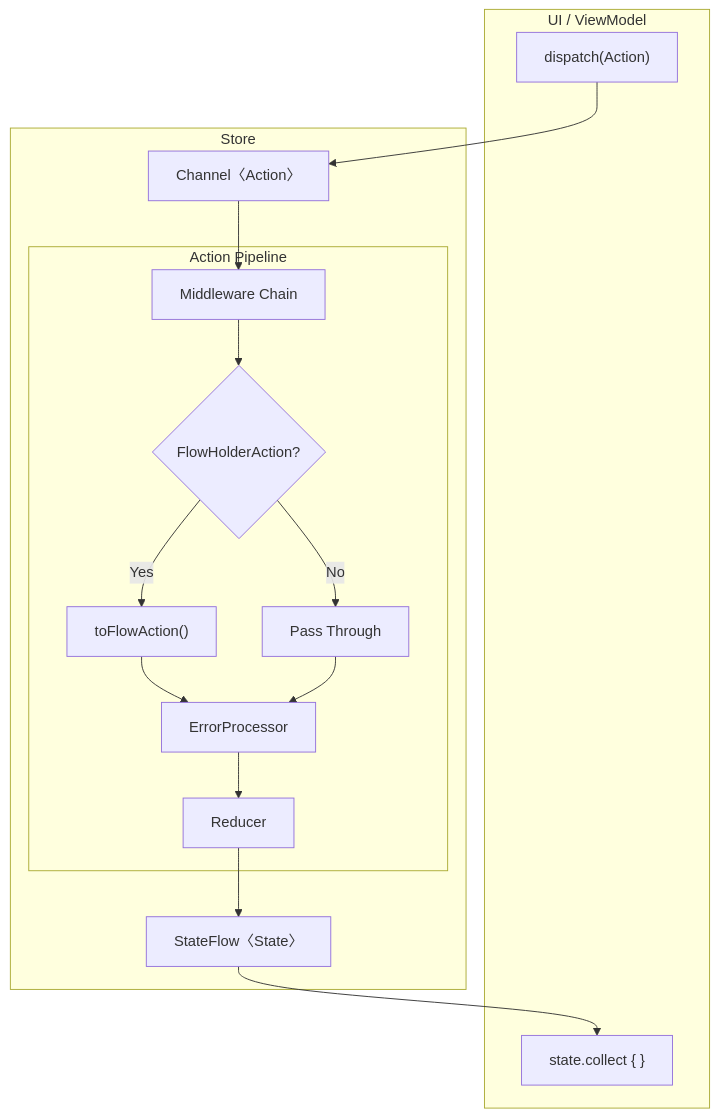
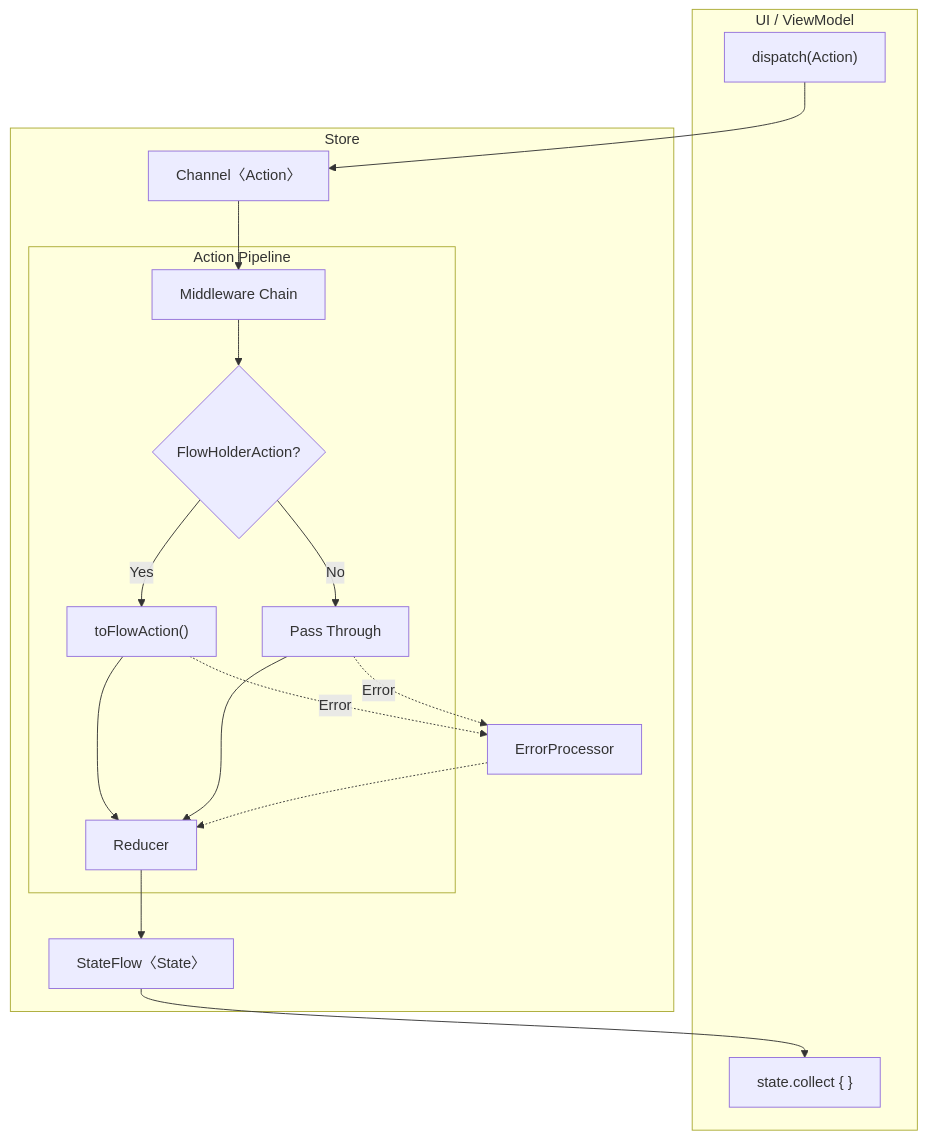
The diagram in README.md (chibimoons/flowdux), drawn with Mermaid before and after one commit. The commit also changed other lines of this file, not shown here.

Commit message:
Fix architecture diagram: ErrorProcessor only catches errors
- ErrorProcessor uses .catch{} so it only handles errors, not all actions
- Show error paths with dotted lines (-.->)
- Normal flow goes directly from toFlow/pass to reducer
- Update description: "Catch errors and convert to Actions"

🤖 Generated with [Claude Code](https://claude.com/claude-code)

````diff
--- a/README.md
+++ b/README.md
@@ -17,33 +17,35 @@
 ```mermaid
 flowchart TB
     subgraph UI["UI / ViewModel"]
         dispatch["dispatch(Action)"]
         observe["state.collect { }"]
     end
 
     subgraph Store["Store"]
         channel["Channel〈Action〉"]
 
         subgraph Pipeline["Action Pipeline"]
             middleware["Middleware Chain"]
             flowHolder{"FlowHolderAction?"}
             toFlow["toFlowAction()"]
             pass["Pass Through"]
-            errorProc["ErrorProcessor"]
             reducer["Reducer"]
         end
 
+        errorProc["ErrorProcessor"]
         stateFlow["StateFlow〈State〉"]
     end
 
     dispatch --> channel
     channel --> middleware
     middleware --> flowHolder
     flowHolder -->|Yes| toFlow
     flowHolder -->|No| pass
-    toFlow --> errorProc
-    pass --> errorProc
-    errorProc --> reducer
+    toFlow --> reducer
+    pass --> reducer
+    toFlow -.->|Error| errorProc
+    pass -.->|Error| errorProc
+    errorProc -.-> reducer
     reducer --> stateFlow
     stateFlow --> observe
 ```
````
